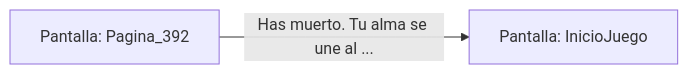
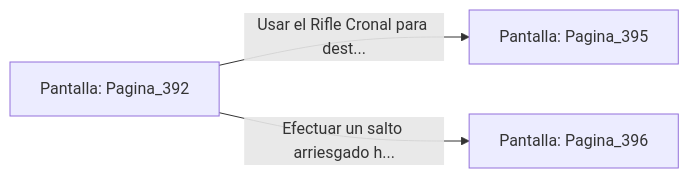
One commit to metsuke/mpl changed the diagram in sample/eligejuego-vault/Pantalla_Pagina_392.md. Above: the diagram before and after it, drawn with Mermaid. The commit also changed other lines of this file and 635 other files, not shown here.

First line of the commit message:
fix: añadir Pagina_1 como pantalla inicial en capitulo_01.mpl

````diff
--- a/sample/eligejuego-vault/Pantalla_Pagina_392.md
+++ b/sample/eligejuego-vault/Pantalla_Pagina_392.md
@@ -17,5 +22,6 @@
 ```mermaid
 graph LR
     P_Pagina_392["Pantalla: Pagina_392"]
-    P_Pagina_392 -->|"Has muerto. Tu alma se une al ..."| P_InicioJuego["Pantalla: InicioJuego"]
+    P_Pagina_392 -->|"Usar el Rifle Cronal para dest..."| P_Pagina_395["Pantalla: Pagina_395"]
+    P_Pagina_392 -->|"Efectuar un salto arriesgado h..."| P_Pagina_396["Pantalla: Pagina_396"]
 ```
````
